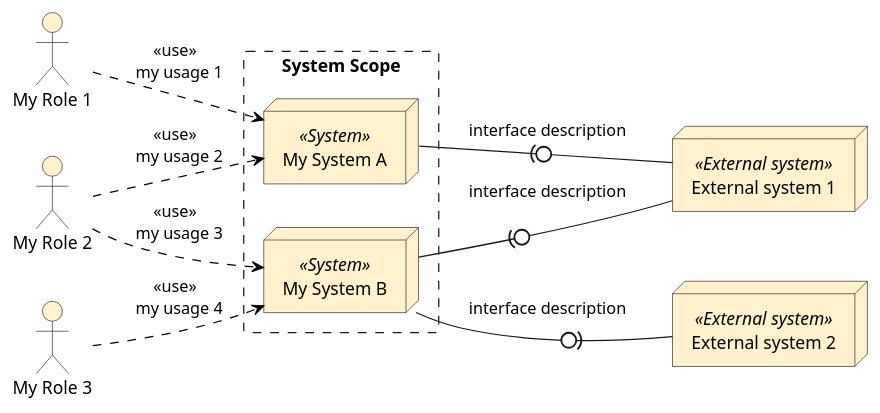
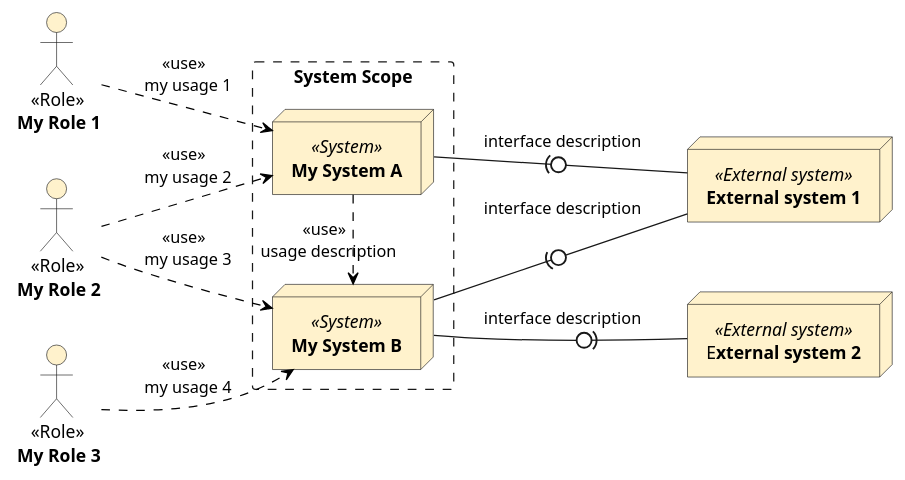
Before and after one commit to YanChunChang/BA_Plantuml: the diagram in ADF-Design/system-context.plantuml, drawn with PlantUML. The commit also changed 5 other files, not shown here.

```diff
--- a/ADF-Design/system-context.plantuml
+++ b/ADF-Design/system-context.plantuml
@@ -1,25 +1,28 @@
 @startuml system context(design)
 left to right direction
 
-:My Role 1: as r1 #fff2cc
-:My Role 2: as r2 #fff2cc
-:My Role 3: as r3 #fff2cc
+
+:    <<Role>>\n **My Role 1**: as r1 #fff2cc
+:    <<Role>>\n **My Role 2**: as r2 #fff2cc
+:    <<Role>>\n **My Role 3**: as r3 #fff2cc
 
 rectangle "System Scope" as SystemScope #line.dashed{
-    node "My System A" << System >> as a #fff2cc
-    node "My System B" << System >> as b #fff2cc
+    node "**My System A**" << System >> as a #fff2cc
+    node "**My System B**" << System >> as b #fff2cc
+}
 
-}
-node "External system 1" << External system >> as ex1 #fff2cc
-node "External system 2" << External system >> as ex2 #fff2cc
+node "**External system 1**" << External system >> as ex1 #fff2cc
+node "E**xternal system 2**" << External system >> as ex2 #fff2cc
 
 r1 --> a  #black;line.dashed;:<<use>> \n my usage 1
 r2 --> a  #black;line.dashed;:<<use>> \n my usage 2
 r2 --> b  #black;line.dashed;:<<use>> \n my usage 3
 r3 --> b  #black;line.dashed;:<<use>> \n my usage 4
 
+a -r-> b  #black;line.dashed;:<<use>> \n usage description
+
 a -(0- ex1: interface description
 b -(0- ex1: interface description
 b -0)- ex2: interface description
 
 @enduml
```
